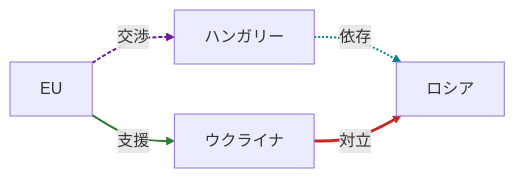
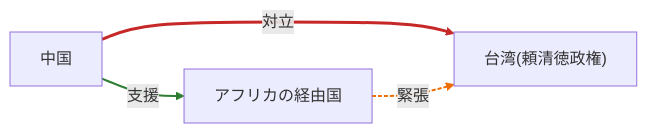
One commit to YUUUyutaro/tiseigaku changed the ninth of 20 diagrams in docs/reports/2026-04-23.md. Above: the diagram before and after it, drawn with Mermaid. The commit also changed other lines of this file and 3 other files, not shown here.

````diff
--- a/docs/reports/2026-04-23.md
+++ b/docs/reports/2026-04-23.md
@@ -183,15 +173,12 @@
 ```mermaid
 graph LR
-  N0["EU"]
-  N1["ハンガリー"]
-  N2["ウクライナ"]
-  N3["ロシア"]
+  N0["中国"]
+  N1["台湾(頼清徳政権)"]
+  N2["アフリカの経由国"]
+  N0 -->|対立| N1
   N0 -->|支援| N2
-  N0 -->|交渉| N1
-  N1 -->|依存| N3
-  N2 -->|対立| N3
-  linkStyle 0 stroke:#2e7d32,stroke-width:2px;
-  linkStyle 1 stroke:#6a1b9a,stroke-width:2px,stroke-dasharray:4 2;
-  linkStyle 2 stroke:#00838f,stroke-width:2px,stroke-dasharray:2 2;
-  linkStyle 3 stroke:#c62828,stroke-width:3px;
+  N2 -->|緊張| N1
+  linkStyle 0 stroke:#c62828,stroke-width:3px;
+  linkStyle 1 stroke:#2e7d32,stroke-width:2px;
+  linkStyle 2 stroke:#ef6c00,stroke-width:2px,stroke-dasharray:4 2;
 ```
````
